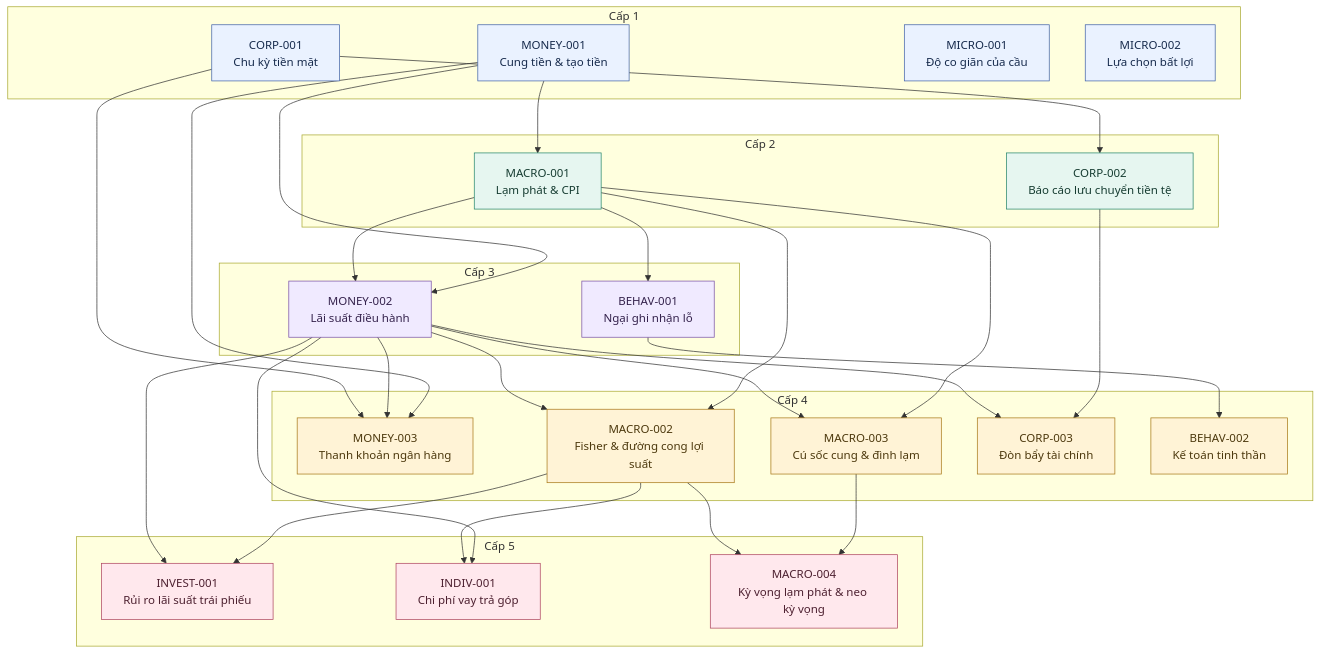
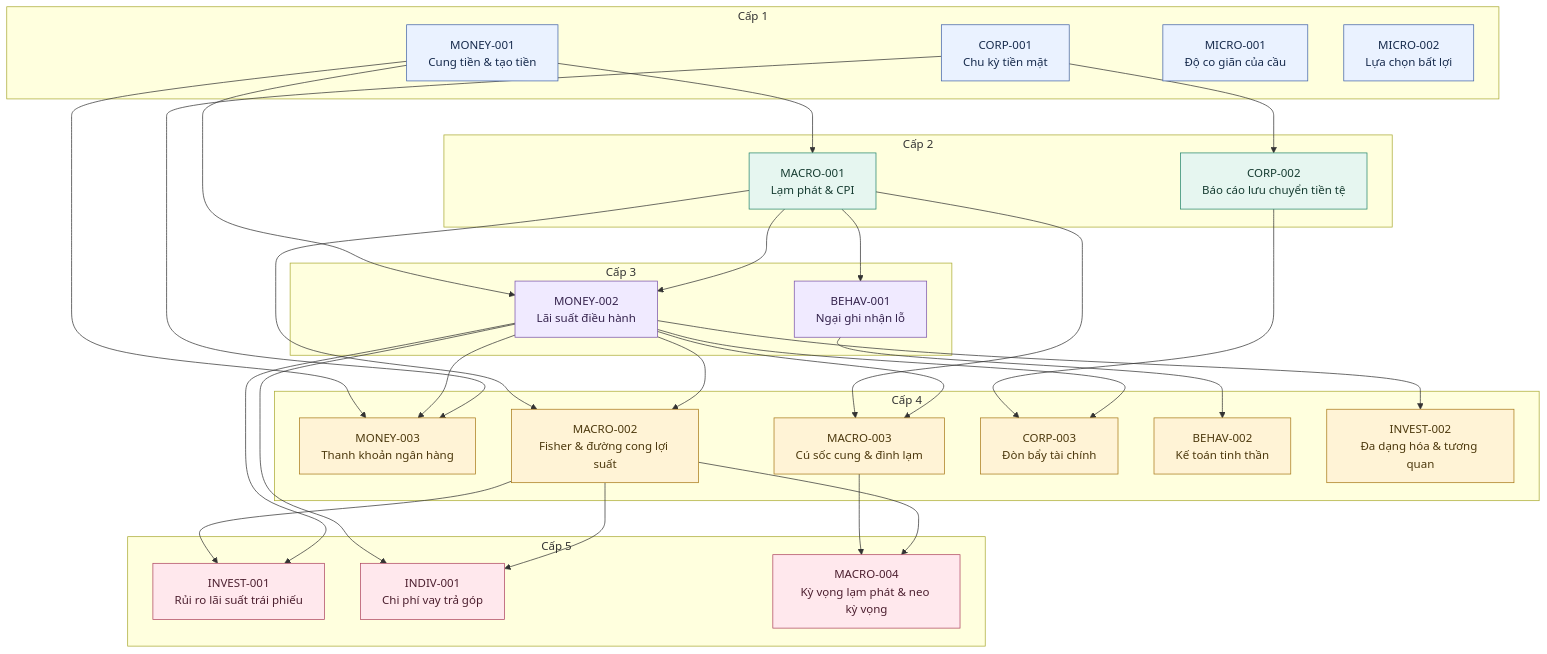
Before and after one commit to lewisnguyen32/Eco-Random-Learning: the diagram in LEARNED.md, drawn with Mermaid. The commit also changed other lines of this file and 4 other files, not shown here.

````diff
--- a/LEARNED.md
+++ b/LEARNED.md
@@ -15,66 +15,68 @@
 ```mermaid
 flowchart TB
     subgraph LEVEL_1["Cấp 1"]
         MONEY_001["MONEY-001<br/>Cung tiền & tạo tiền"]
         CORP_001["CORP-001<br/>Chu kỳ tiền mặt"]
         MICRO_001["MICRO-001<br/>Độ co giãn của cầu"]
         MICRO_002["MICRO-002<br/>Lựa chọn bất lợi"]
     end
 
     subgraph LEVEL_2["Cấp 2"]
         MACRO_001["MACRO-001<br/>Lạm phát & CPI"]
         CORP_002["CORP-002<br/>Báo cáo lưu chuyển tiền tệ"]
     end
 
     subgraph LEVEL_3["Cấp 3"]
         MONEY_002["MONEY-002<br/>Lãi suất điều hành"]
         BEHAV_001["BEHAV-001<br/>Ngại ghi nhận lỗ"]
     end
 
     subgraph LEVEL_4["Cấp 4"]
         MONEY_003["MONEY-003<br/>Thanh khoản ngân hàng"]
         MACRO_002["MACRO-002<br/>Fisher & đường cong lợi suất"]
         MACRO_003["MACRO-003<br/>Cú sốc cung & đình lạm"]
         CORP_003["CORP-003<br/>Đòn bẩy tài chính"]
         BEHAV_002["BEHAV-002<br/>Kế toán tinh thần"]
+        INVEST_002["INVEST-002<br/>Đa dạng hóa & tương quan"]
     end
 
     subgraph LEVEL_5["Cấp 5"]
         INVEST_001["INVEST-001<br/>Rủi ro lãi suất trái phiếu"]
         INDIV_001["INDIV-001<br/>Chi phí vay trả góp"]
         MACRO_004["MACRO-004<br/>Kỳ vọng lạm phát & neo kỳ vọng"]
     end
 
     MONEY_001 --> MACRO_001
     CORP_001 --> CORP_002
     MONEY_001 --> MONEY_002
     MACRO_001 --> MONEY_002
     MACRO_001 --> BEHAV_001
     MONEY_001 --> MONEY_003
     MONEY_002 --> MONEY_003
     CORP_001 --> MONEY_003
     MACRO_001 --> MACRO_002
     MONEY_002 --> MACRO_002
     MACRO_001 --> MACRO_003
     MONEY_002 --> MACRO_003
     MACRO_002 --> INVEST_001
     MONEY_002 --> INVEST_001
     MONEY_002 --> INDIV_001
     MACRO_002 --> INDIV_001
     CORP_002 --> CORP_003
     MONEY_002 --> CORP_003
     BEHAV_001 --> BEHAV_002
+    MONEY_002 --> INVEST_002
     MACRO_003 --> MACRO_004
     MACRO_002 --> MACRO_004
 
     classDef level1 fill:#eaf2ff,stroke:#4263a8,color:#172b4d
     classDef level2 fill:#e6f6f0,stroke:#25856b,color:#173d32
     classDef level3 fill:#f0eaff,stroke:#7952a8,color:#35234d
     classDef level4 fill:#fff3d6,stroke:#a87918,color:#4d390e
     classDef level5 fill:#ffe8ed,stroke:#ae4560,color:#4d2030
     class MONEY_001,CORP_001,MICRO_001,MICRO_002 level1
     class MACRO_001,CORP_002 level2
     class MONEY_002,BEHAV_001 level3
-    class MONEY_003,MACRO_002,MACRO_003,CORP_003,BEHAV_002 level4
+    class MONEY_003,MACRO_002,MACRO_003,CORP_003,BEHAV_002,INVEST_002 level4
     class INVEST_001,INDIV_001,MACRO_004 level5
 ```
````
